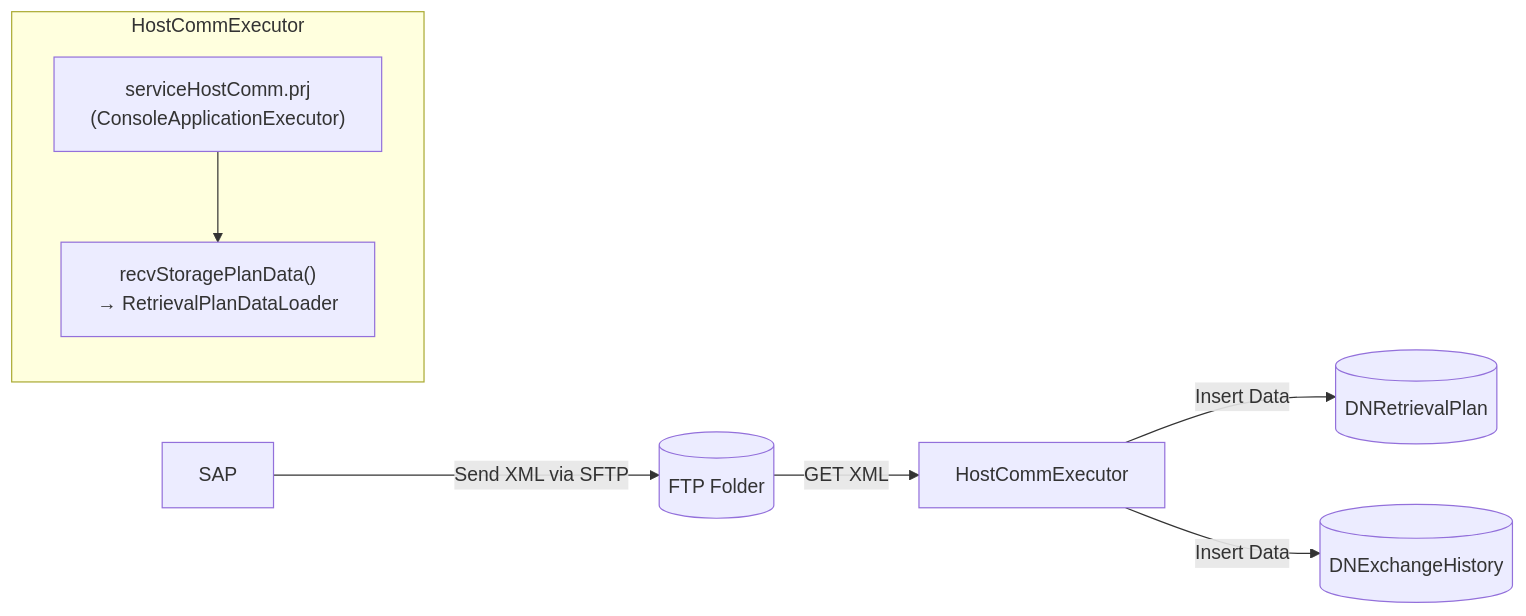
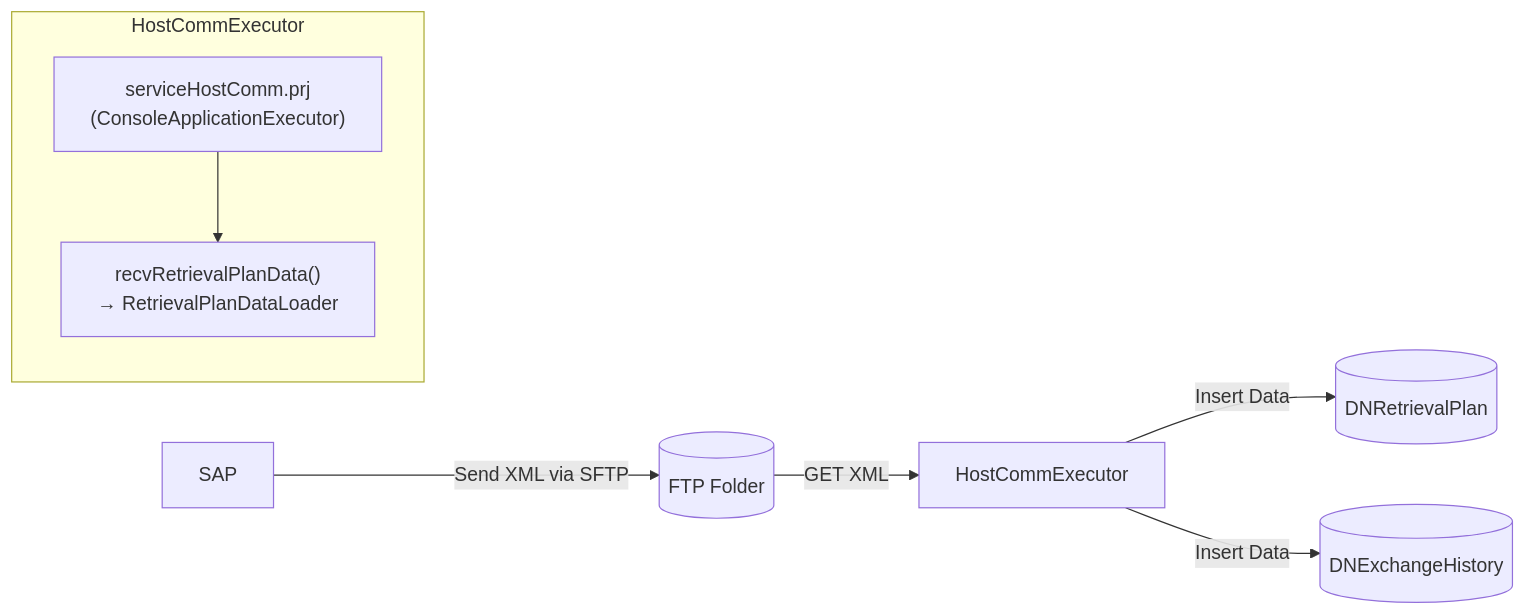
One commit to luthfiadityaa/SimeDarby-Wiki changed the diagram in Basic-Design/Host-Interfaces/Planned-Retrieval.md. Above: the diagram before and after it, drawn with Mermaid.

Commit message:
Updated Planned Retrieval

```diff
--- a/Basic-Design/Host-Interfaces/Planned-Retrieval.md
+++ b/Basic-Design/Host-Interfaces/Planned-Retrieval.md
@@ -11,13 +11,13 @@
 ::: mermaid
 flowchart LR
     A[SAP] -->|Send XML via SFTP| B[(FTP Folder)]
     B -->|GET XML| C[HostCommExecutor]
     C -->|Insert Data| E[(DNRetrievalPlan)]
     C -->|Insert Data| F[(DNExchangeHistory)]
 
     subgraph HostCommExecutor
         C1["serviceHostComm.prj<br>(ConsoleApplicationExecutor)"]
-        C2["recvStoragePlanData()<br>→ RetrievalPlanDataLoader"]
+        C2["recvRetrievalPlanData()<br>→ RetrievalPlanDataLoader"]
         C1 --> C2
     end
 :::
```
